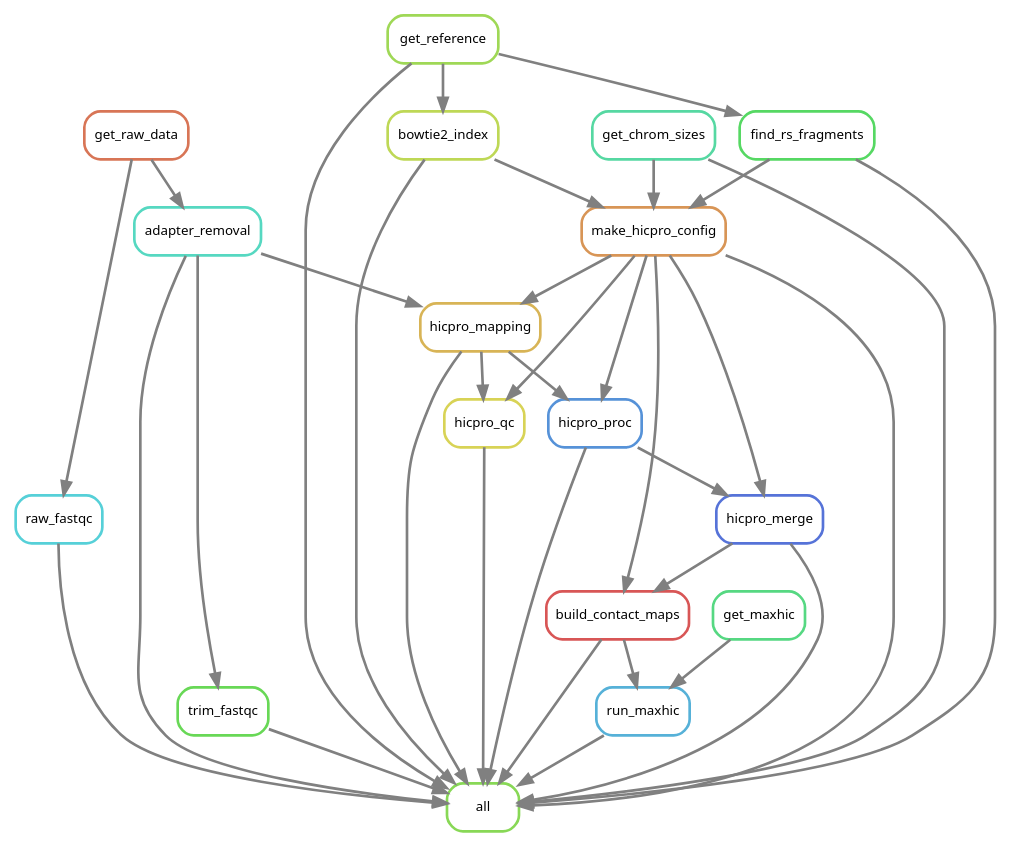
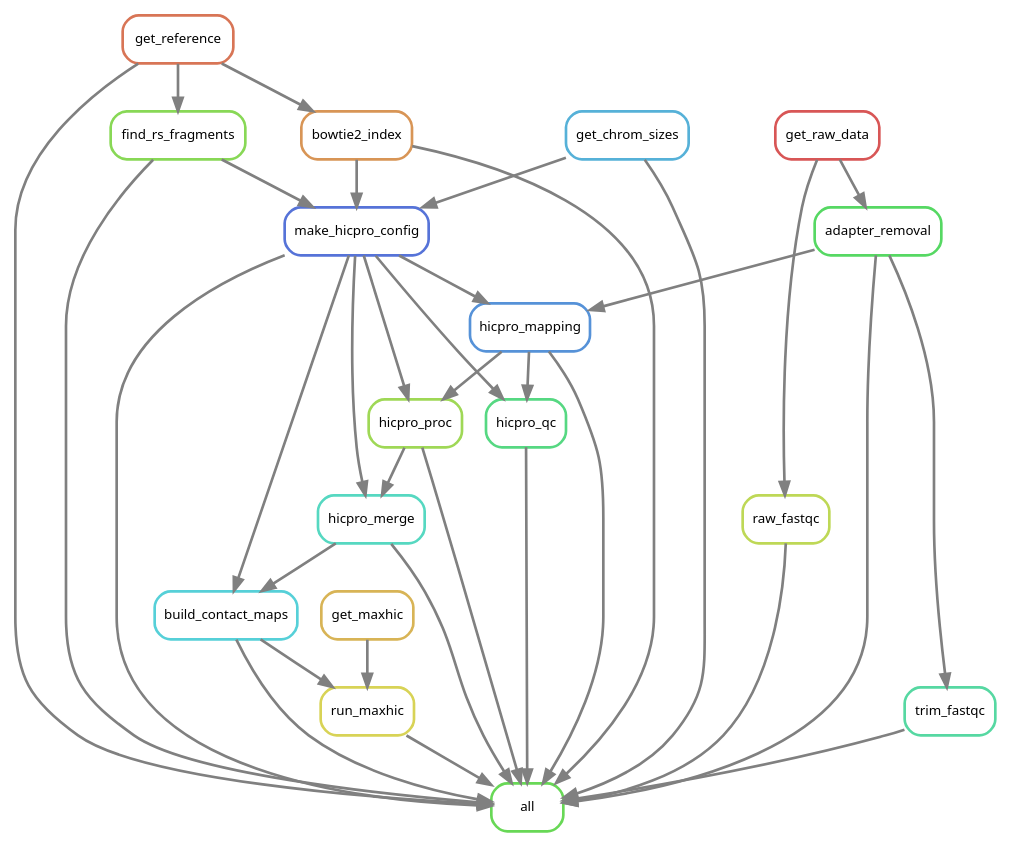
Before and after one commit to DRMCRL/ENCODE_T47D_HiC_ENCSR549MGQ: the diagram in output/rulegraph.dot, drawn with Graphviz. The commit also changed 3 other files, not shown here.

```diff
--- a/output/rulegraph.dot
+++ b/output/rulegraph.dot
@@ -1,56 +1,56 @@
 digraph snakemake_dag {
     graph[bgcolor=white, margin=0];
     node[shape=box, style=rounded, fontname=sans,                 fontsize=10, penwidth=2];
     edge[penwidth=2, color=grey];
-	0[label = "all", color = "0.27 0.6 0.85", style="rounded"];
-	1[label = "run_maxhic", color = "0.55 0.6 0.85", style="rounded"];
-	2[label = "build_contact_maps", color = "0.00 0.6 0.85", style="rounded"];
-	3[label = "bowtie2_index", color = "0.20 0.6 0.85", style="rounded"];
-	4[label = "raw_fastqc", color = "0.51 0.6 0.85", style="rounded"];
-	5[label = "hicpro_proc", color = "0.59 0.6 0.85", style="rounded"];
-	6[label = "adapter_removal", color = "0.47 0.6 0.85", style="rounded"];
-	7[label = "get_reference", color = "0.24 0.6 0.85", style="rounded"];
-	8[label = "trim_fastqc", color = "0.31 0.6 0.85", style="rounded"];
-	9[label = "hicpro_merge", color = "0.63 0.6 0.85", style="rounded"];
-	10[label = "hicpro_mapping", color = "0.12 0.6 0.85", style="rounded"];
-	11[label = "find_rs_fragments", color = "0.35 0.6 0.85", style="rounded"];
-	12[label = "get_chrom_sizes", color = "0.43 0.6 0.85", style="rounded"];
-	13[label = "hicpro_qc", color = "0.16 0.6 0.85", style="rounded"];
-	14[label = "make_hicpro_config", color = "0.08 0.6 0.85", style="rounded"];
-	15[label = "get_maxhic", color = "0.39 0.6 0.85", style="rounded"];
-	16[label = "get_raw_data", color = "0.04 0.6 0.85", style="rounded"];
+	0[label = "all", color = "0.31 0.6 0.85", style="rounded"];
+	1[label = "trim_fastqc", color = "0.43 0.6 0.85", style="rounded"];
+	2[label = "bowtie2_index", color = "0.08 0.6 0.85", style="rounded"];
+	3[label = "adapter_removal", color = "0.35 0.6 0.85", style="rounded"];
+	4[label = "build_contact_maps", color = "0.51 0.6 0.85", style="rounded"];
+	5[label = "hicpro_mapping", color = "0.59 0.6 0.85", style="rounded"];
+	6[label = "hicpro_proc", color = "0.24 0.6 0.85", style="rounded"];
+	7[label = "raw_fastqc", color = "0.20 0.6 0.85", style="rounded"];
+	8[label = "run_maxhic", color = "0.16 0.6 0.85", style="rounded"];
+	9[label = "find_rs_fragments", color = "0.27 0.6 0.85", style="rounded"];
+	10[label = "hicpro_merge", color = "0.47 0.6 0.85", style="rounded"];
+	11[label = "hicpro_qc", color = "0.39 0.6 0.85", style="rounded"];
+	12[label = "get_reference", color = "0.04 0.6 0.85", style="rounded"];
+	13[label = "get_chrom_sizes", color = "0.55 0.6 0.85", style="rounded"];
+	14[label = "make_hicpro_config", color = "0.63 0.6 0.85", style="rounded"];
+	15[label = "get_raw_data", color = "0.00 0.6 0.85", style="rounded"];
+	16[label = "get_maxhic", color = "0.12 0.6 0.85", style="rounded"];
+	12 -> 0
+	8 -> 0
 	2 -> 0
+	7 -> 0
+	6 -> 0
+	9 -> 0
+	14 -> 0
+	11 -> 0
+	3 -> 0
+	1 -> 0
+	4 -> 0
+	13 -> 0
+	5 -> 0
 	10 -> 0
-	13 -> 0
-	14 -> 0
-	3 -> 0
-	7 -> 0
-	8 -> 0
-	11 -> 0
-	12 -> 0
-	6 -> 0
-	4 -> 0
-	1 -> 0
-	5 -> 0
-	9 -> 0
-	2 -> 1
-	15 -> 1
-	14 -> 2
-	9 -> 2
-	7 -> 3
-	16 -> 4
+	3 -> 1
+	12 -> 2
+	15 -> 3
+	10 -> 4
+	14 -> 4
+	3 -> 5
 	14 -> 5
-	10 -> 5
-	16 -> 6
-	6 -> 8
-	14 -> 9
-	5 -> 9
+	5 -> 6
+	14 -> 6
+	15 -> 7
+	4 -> 8
+	16 -> 8
+	12 -> 9
+	14 -> 10
 	6 -> 10
-	14 -> 10
-	7 -> 11
-	14 -> 13
-	10 -> 13
-	11 -> 14
-	12 -> 14
-	3 -> 14
+	5 -> 11
+	14 -> 11
+	13 -> 14
+	2 -> 14
+	9 -> 14
 }            
```
